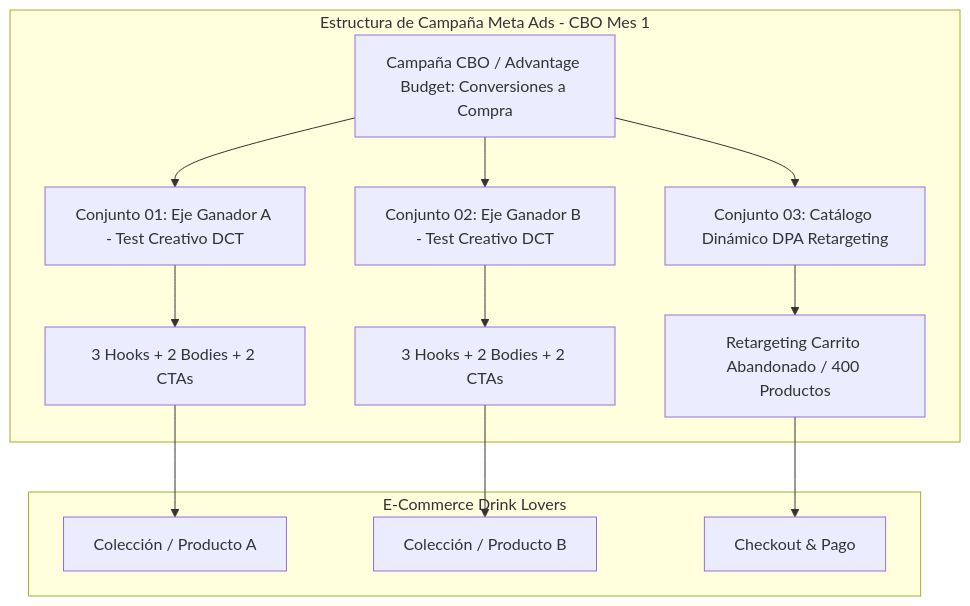
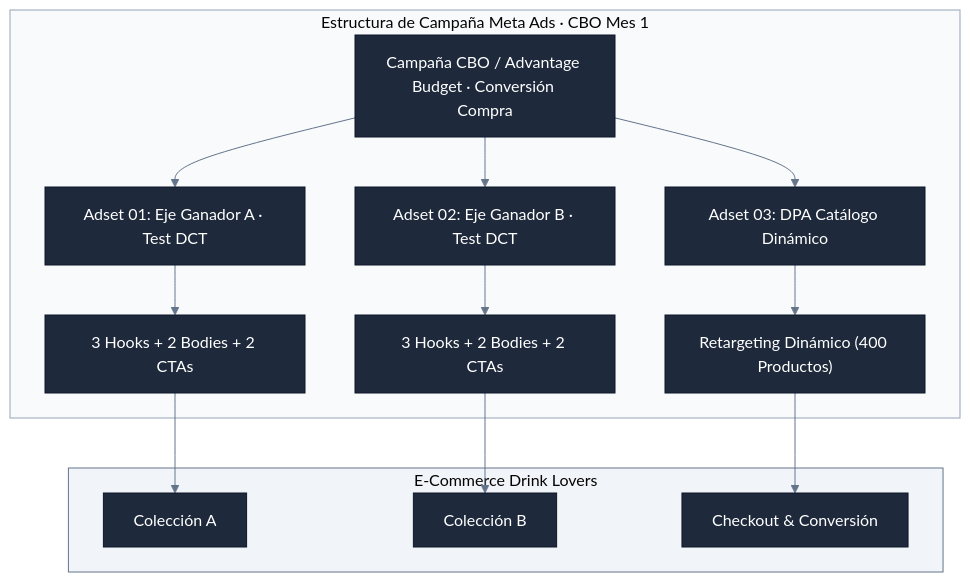
Before and after one commit to jsrxar77/mo-baseline: the seventh of 8 diagrams in releases/drinklovers/PROPUESTA_MES_1_META_ADS.md, drawn with Mermaid. The commit also changed other lines of this file, not shown here.

Commit message:
style(drinklovers): refine mermaid charts palette to neutral slate gray and fix label collisions

````diff
--- a/releases/drinklovers/PROPUESTA_MES_1_META_ADS.md
+++ b/releases/drinklovers/PROPUESTA_MES_1_META_ADS.md
@@ -209,20 +226,24 @@
 ```mermaid
+%%{init: {'theme': 'base', 'themeVariables': { 'primaryColor': '#1E293B', 'primaryTextColor': '#FFFFFF', 'primaryBorderColor': '#0F172A', 'lineColor': '#64748B', 'secondaryColor': '#334155', 'tertiaryColor': '#F8FAFC' }}}%%
 flowchart TD
-    subgraph META_ADS_MES_1 [Estructura de Campaña Meta Ads - CBO Mes 1]
-        CAMPAIGN[Campaña CBO / Advantage Budget: Conversiones a Compra]
+    subgraph META_ADS_MES_1 ["Estructura de Campaña Meta Ads · CBO Mes 1"]
+        CAMPAIGN["Campaña CBO / Advantage Budget · Conversión Compra"]
         
-        CAMPAIGN --> ADSET1[Conjunto 01: Eje Ganador A - Test Creativo DCT]
-        CAMPAIGN --> ADSET2[Conjunto 02: Eje Ganador B - Test Creativo DCT]
-        CAMPAIGN --> ADSET3[Conjunto 03: Catálogo Dinámico DPA Retargeting]
+        CAMPAIGN --> ADSET1["Adset 01: Eje Ganador A · Test DCT"]
+        CAMPAIGN --> ADSET2["Adset 02: Eje Ganador B · Test DCT"]
+        CAMPAIGN --> ADSET3["Adset 03: DPA Catálogo Dinámico"]
         
-        ADSET1 --> V1[3 Hooks + 2 Bodies + 2 CTAs]
-        ADSET2 --> V2[3 Hooks + 2 Bodies + 2 CTAs]
-        ADSET3 --> V3[Retargeting Carrito Abandonado / 400 Productos]
+        ADSET1 --> V1["3 Hooks + 2 Bodies + 2 CTAs"]
+        ADSET2 --> V2["3 Hooks + 2 Bodies + 2 CTAs"]
+        ADSET3 --> V3["Retargeting Dinámico (400 Productos)"]
     end
     
-    subgraph TIENDA_NUBE [E-Commerce Drink Lovers]
-        V1 --> LANDING_A[Colección / Producto A]
-        V2 --> LANDING_B[Colección / Producto B]
-        V3 --> CHECKOUT[Checkout & Pago]
+    subgraph TIENDA_NUBE ["E-Commerce Drink Lovers"]
+        V1 --> LANDING_A["Colección A"]
+        V2 --> LANDING_B["Colección B"]
+        V3 --> CHECKOUT["Checkout & Conversión"]
     end
+    
+    style META_ADS_MES_1 fill:#F8FAFC,stroke:#94A3B8,stroke-width:1px
+    style TIENDA_NUBE fill:#F1F5F9,stroke:#64748B,stroke-width:1px
 ```
````
